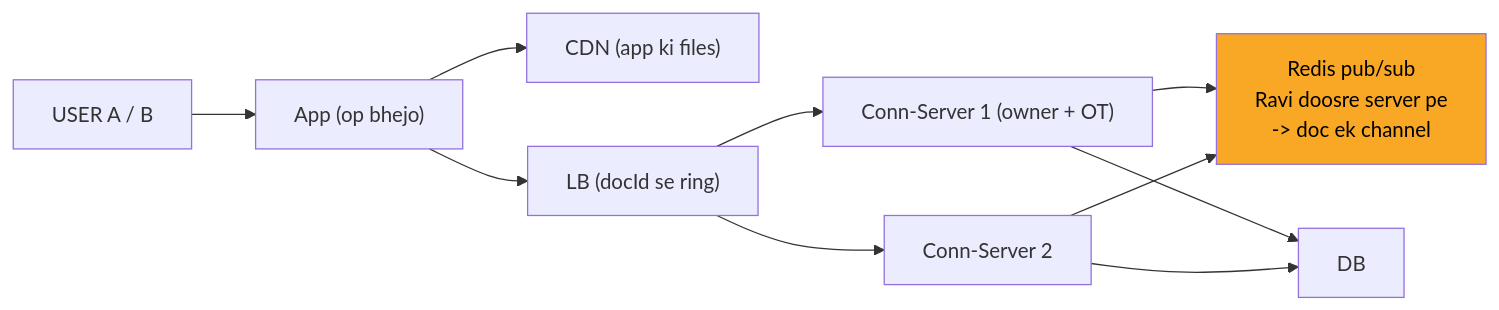
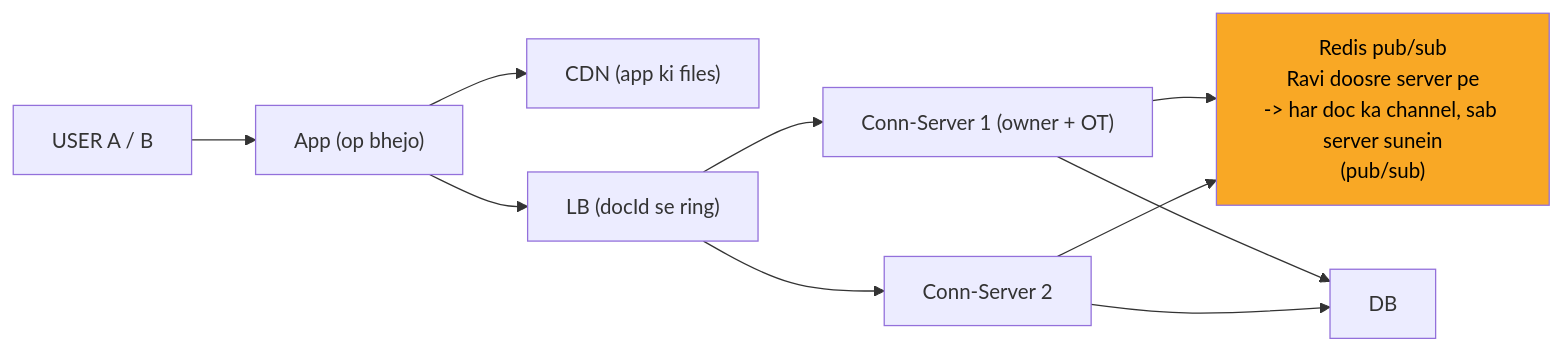
The sixth of 10 diagrams in 04_HLD/SYSTEM_DESIGNS/11_google_docs_collab/11_google_docs_collab.md (ArpanMaheshwari144/Prep), drawn with Mermaid before and after one commit. The commit also changed other lines of this file and 13 other files, not shown here.

````diff
--- a/04_HLD/SYSTEM_DESIGNS/11_google_docs_collab/11_google_docs_collab.md
+++ b/04_HLD/SYSTEM_DESIGNS/11_google_docs_collab/11_google_docs_collab.md
@@ -195,21 +195,21 @@
 ```mermaid
 flowchart LR
     n_USER["USER A / B"]
     n_App["App (op bhejo)"]
     n_CDN["CDN (app ki files)"]
     n_LB["LB (docId se ring)"]
     n_CS1["Conn-Server 1 (owner + OT)"]
     n_CS2["Conn-Server 2"]
-    n_PS["Redis pub/sub<br/>Ravi doosre server pe<br/>-> doc ek channel"]
+    n_PS["Redis pub/sub<br/>Ravi doosre server pe<br/>-> har doc ka channel, sab server sunein<br/>(pub/sub)"]
     n_DB["DB"]
     n_USER --> n_App
     n_App --> n_CDN
     n_App --> n_LB
     n_LB --> n_CS1
     n_LB --> n_CS2
     n_CS1 --> n_PS
     n_CS2 --> n_PS
     n_CS1 --> n_DB
     n_CS2 --> n_DB
     style n_PS fill:#f9a825,color:#000
 ```
````
